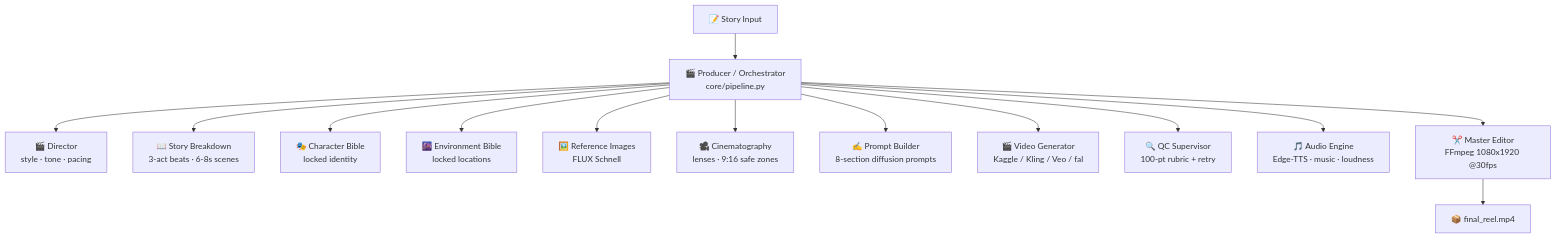
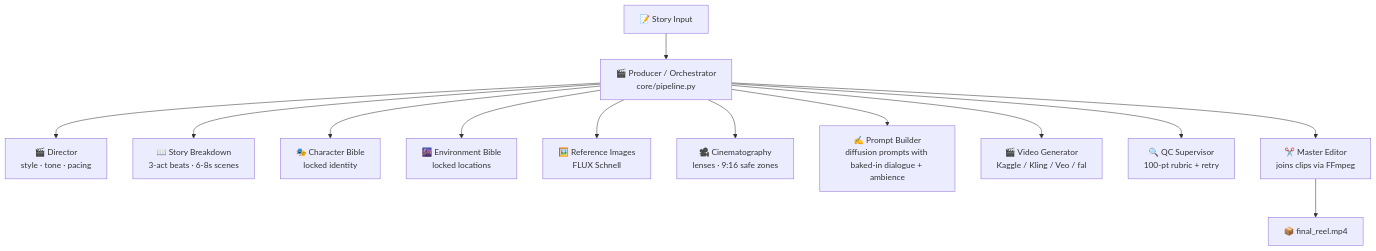
One commit to HeyMeMukul/AI-Video-Pipeline changed the diagram in README.md. Above: the diagram before and after it, drawn with Mermaid. The commit also changed other lines of this file, not shown here.

Commit message:
docs: README matches current build — no audio/caption pass, live studio rooms, empty boot, API wiring

````diff
--- a/README.md
+++ b/README.md
@@ -39,16 +39,15 @@
 ```mermaid
 flowchart TD
     S[📝 Story Input] --> P[🎬 Producer / Orchestrator<br/>core/pipeline.py]
     P --> D[🎬 Director<br/>style · tone · pacing]
     P --> SB[📖 Story Breakdown<br/>3-act beats · 6-8s scenes]
     P --> CB[🎭 Character Bible<br/>locked identity]
     P --> EB[🌆 Environment Bible<br/>locked locations]
     P --> RI[🖼️ Reference Images<br/>FLUX Schnell]
     P --> CI[🎥 Cinematography<br/>lenses · 9:16 safe zones]
-    P --> PB[✍️ Prompt Builder<br/>8-section diffusion prompts]
+    P --> PB[✍️ Prompt Builder<br/>diffusion prompts with baked-in dialogue + ambience]
     P --> VG[🎬 Video Generator<br/>Kaggle / Kling / Veo / fal]
     P --> QC[🔍 QC Supervisor<br/>100-pt rubric + retry]
-    P --> AU[🎵 Audio Engine<br/>Edge-TTS · music · loudness]
-    P --> ED[✂️ Master Editor<br/>FFmpeg 1080x1920 @30fps]
+    P --> ED[✂️ Master Editor<br/>joins clips via FFmpeg]
     ED --> OUT[📦 final_reel.mp4]
 ```
````
